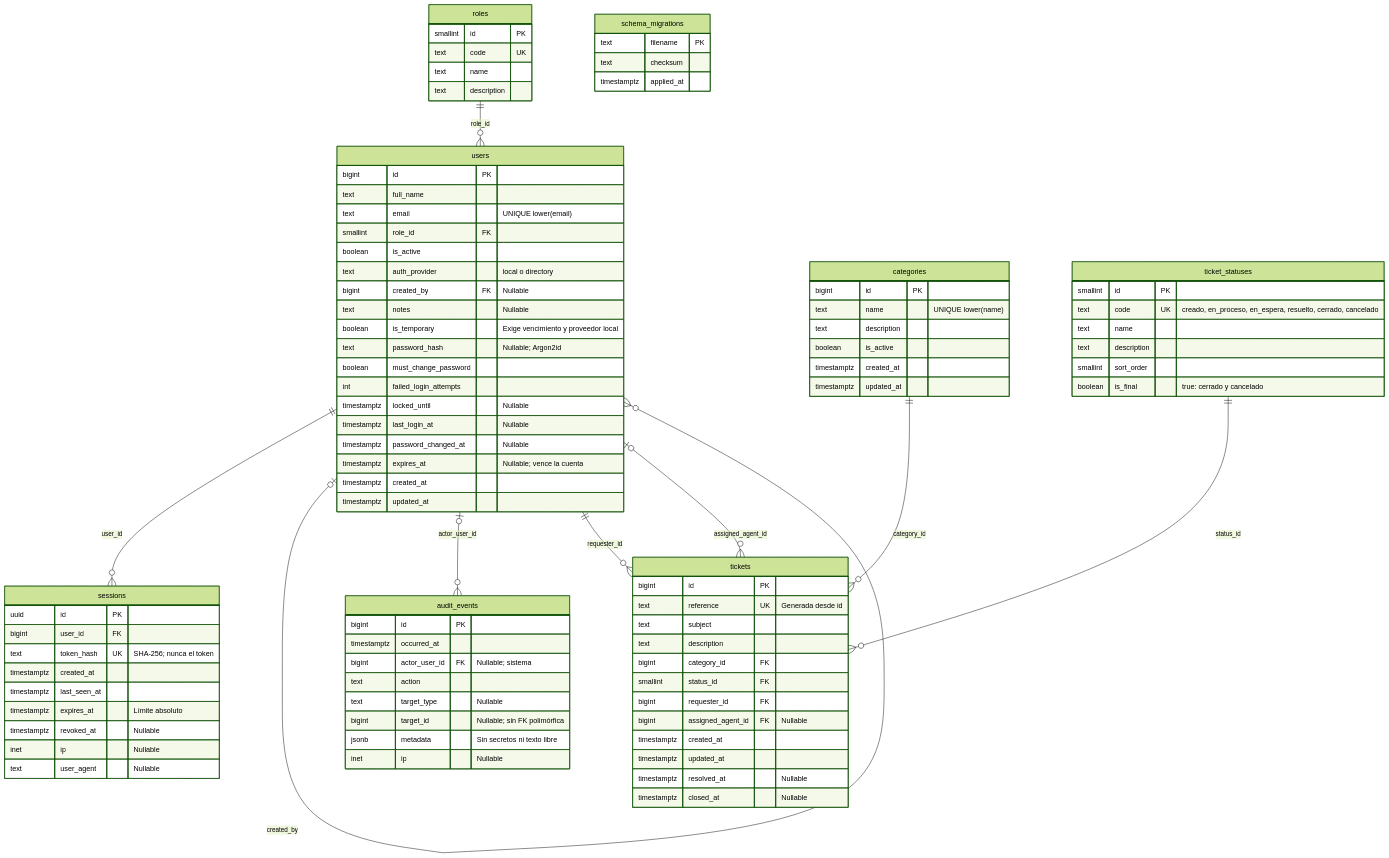
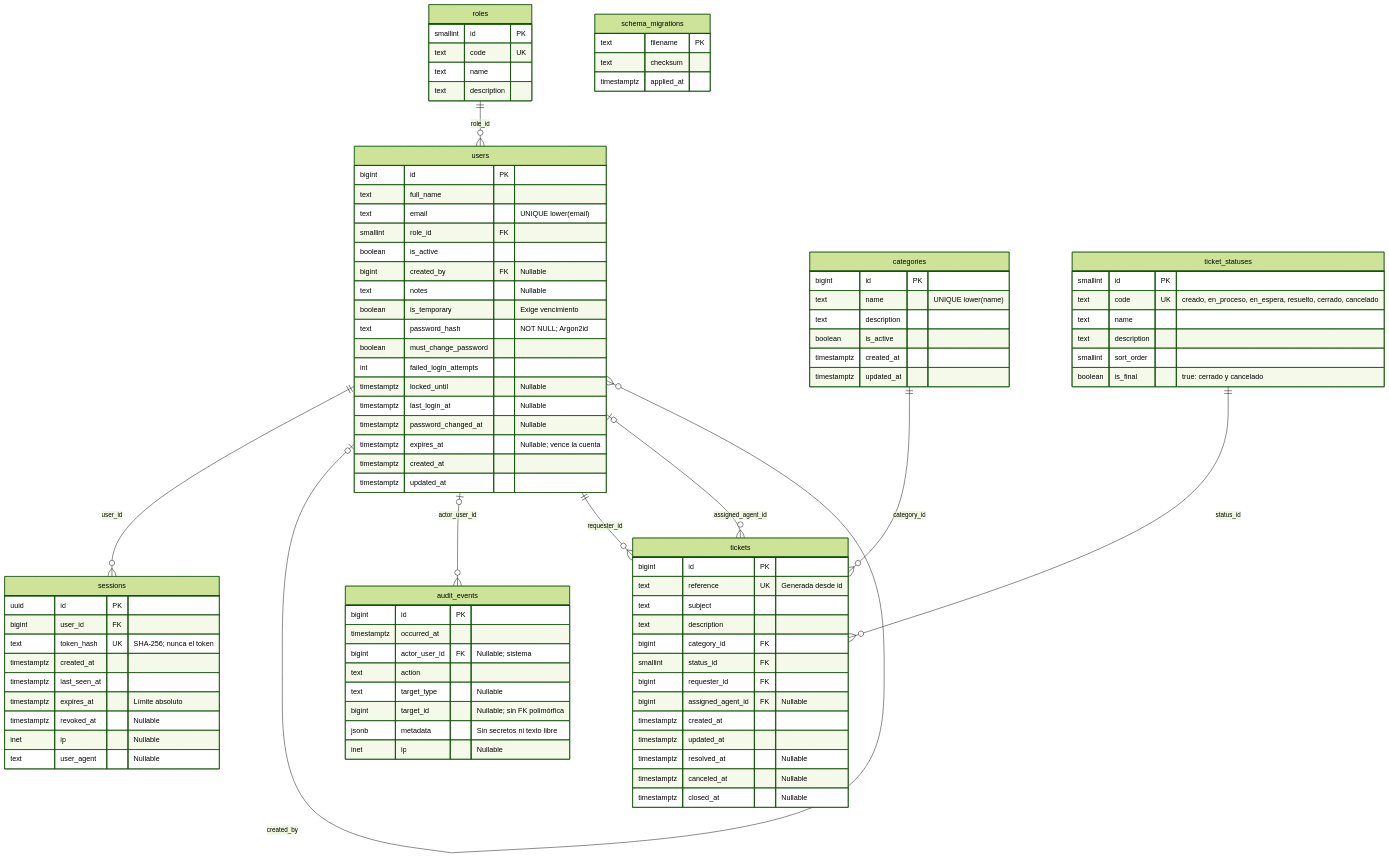
Before and after one commit to Claudia-Lainfiesta/HelpDesk: the diagram in backend/db/README.md, drawn with Mermaid (forest theme). The commit also changed other lines of this file and 58 other files, not shown here.

```diff
--- a/backend/db/README.md
+++ b/backend/db/README.md
@@ -178,11 +181,10 @@
         text email "UNIQUE lower(email)"
         smallint role_id FK
         boolean is_active
-        text auth_provider "local o directory"
         bigint created_by FK "Nullable"
         text notes "Nullable"
-        boolean is_temporary "Exige vencimiento y proveedor local"
-        text password_hash "Nullable; Argon2id"
+        boolean is_temporary "Exige vencimiento"
+        text password_hash "NOT NULL; Argon2id"
         boolean must_change_password
         int failed_login_attempts
         timestamptz locked_until "Nullable"
@@ -241,6 +243,7 @@
         timestamptz created_at
         timestamptz updated_at
         timestamptz resolved_at "Nullable"
+        timestamptz canceled_at "Nullable"
         timestamptz closed_at "Nullable"
     }
     schema_migrations {
```
